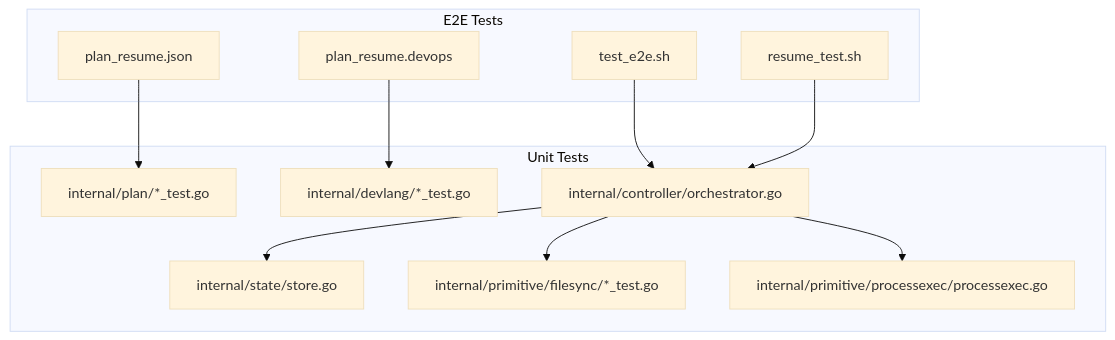
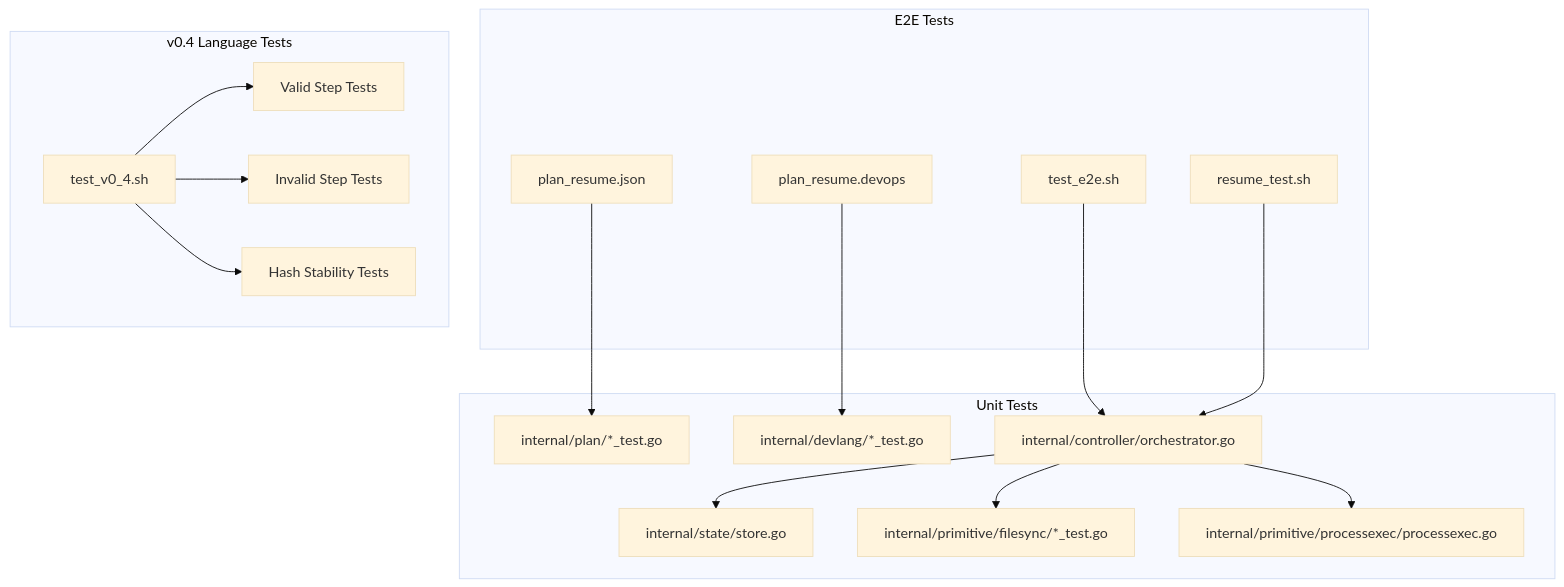
The first of 10 diagrams in .qoder/repowiki/en/content/Testing and Validation.md (ahmednour1430464/dotdevops), drawn with Mermaid (base theme) before and after one commit. The commit also changed other lines of this file and 3 other files, not shown here.

````diff
--- a/.qoder/repowiki/en/content/Testing and Validation.md
+++ b/.qoder/repowiki/en/content/Testing and Validation.md
@@ -64,24 +80,33 @@
 ```mermaid
 graph TB
 subgraph "E2E Tests"
 T1["test_e2e.sh"]
 T2["resume_test.sh"]
 P1["plan_resume.devops"]
 P2["plan_resume.json"]
+end
+subgraph "v0.4 Language Tests"
+V1["test_v0_4.sh"]
+V2["Valid Step Tests"]
+V3["Invalid Step Tests"]
+V4["Hash Stability Tests"]
 end
 subgraph "Unit Tests"
 U1["internal/plan/*_test.go"]
 U2["internal/devlang/*_test.go"]
 U3["internal/controller/orchestrator.go"]
 U4["internal/state/store.go"]
 U5["internal/primitive/filesync/*_test.go"]
 U6["internal/primitive/processexec/processexec.go"]
 end
 T1 --> U3
 T2 --> U3
 P1 --> U2
 P2 --> U1
+V1 --> V2
+V1 --> V3
+V1 --> V4
 U3 --> U4
 U3 --> U5
 U3 --> U6
 ```
````
